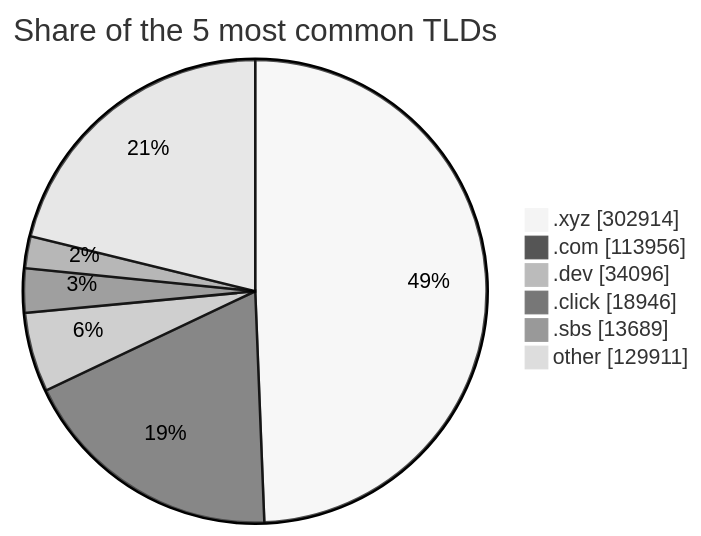
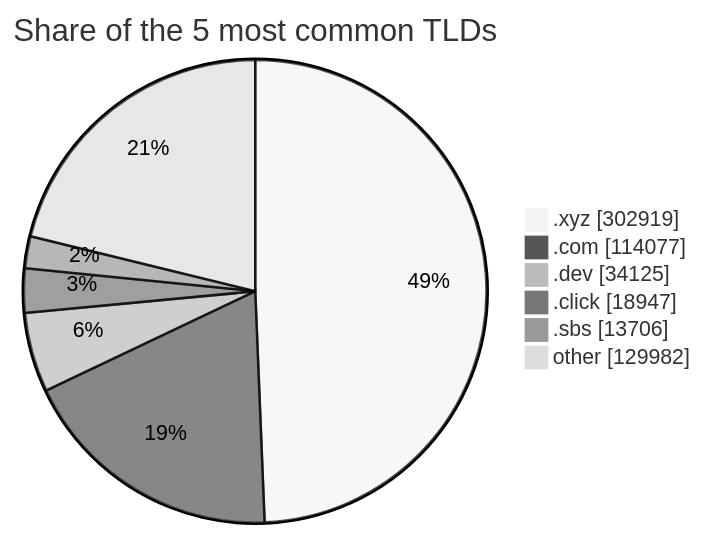
The third of 3 diagrams in README.md (DNSBunker/CTI), drawn with Mermaid (neutral theme) before and after one commit. The commit also changed other lines of this file and 3 other files, not shown here.

````diff
--- a/README.md
+++ b/README.md
@@ -81,9 +81,9 @@
 ```mermaid
 pie showData title Share of the 5 most common TLDs
-    ".xyz" : 302914
-    ".com" : 113956
-    ".dev" : 34096
-    ".click" : 18946
-    ".sbs" : 13689
-    "other" : 129911
+    ".xyz" : 302919
+    ".com" : 114077
+    ".dev" : 34125
+    ".click" : 18947
+    ".sbs" : 13706
+    "other" : 129982
 ```
````
